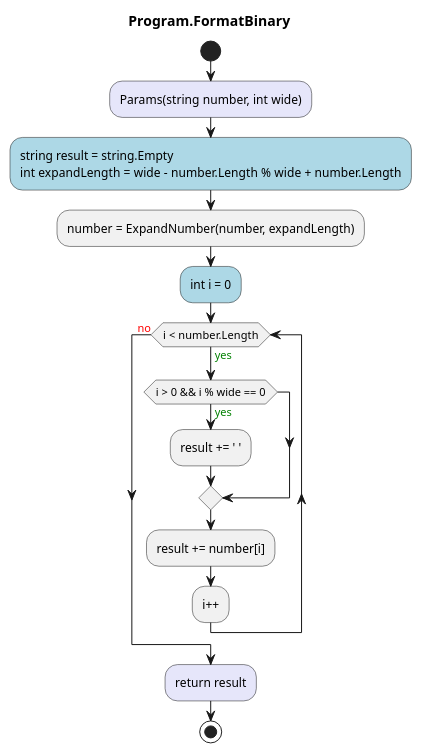
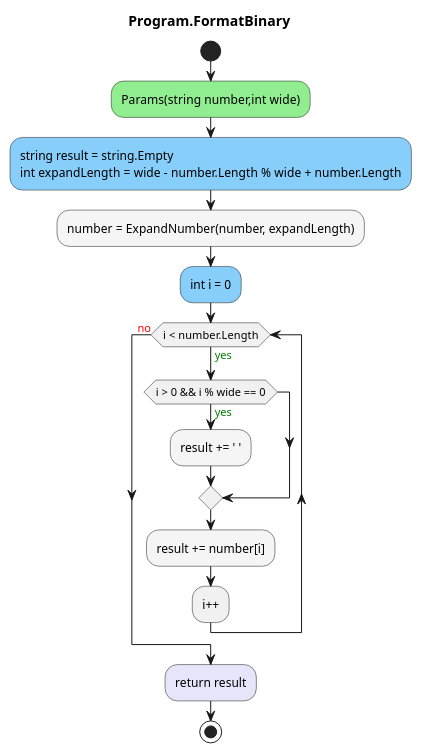
One commit to leoggehrer/2324-34_ABIF_ACIF_POSE changed the diagram in BinaryAdder.ConApp/diagrams/ac_Program_FormatBinary.puml. Above: the diagram before and after it, drawn with PlantUML. The commit also changed 38 other files, not shown here.

Commit message:
Generated diagrams.

```diff
--- a/BinaryAdder.ConApp/diagrams/ac_Program_FormatBinary.puml
+++ b/BinaryAdder.ConApp/diagrams/ac_Program_FormatBinary.puml
@@ -1,18 +1,18 @@
 @startuml Program.FormatBinary
 title Program.FormatBinary
 start
-#Lavender:Params(string number, int wide);
-#LightBlue:string result = string.Empty
+#LightGreen:Params(string number,int wide);
+#LightSkyBlue:string result = string.Empty
 int expandLength = wide - number.Length % wide + number.Length;
-:number = ExpandNumber(number, expandLength);
-#LightBlue:int i = 0;
+#WhiteSmoke:number = ExpandNumber(number, expandLength);
+#LightSkyBlue:int i = 0;
 while (i < number.Length) is (<color:green>yes)
-    if (i > 0 && i % wide == 0) then (<color:green>yes)
-        :result += ' ';
-    endif
-    :result += number[i];
+        if (i > 0 && i % wide == 0) then (<color:green>yes)
+                #WhiteSmoke:result += ' ';
+        endif
+        #WhiteSmoke:result += number[i];
 :i++;
 endwhile (<color:red>no)
 #Lavender:return result;
 stop
 @enduml
```
